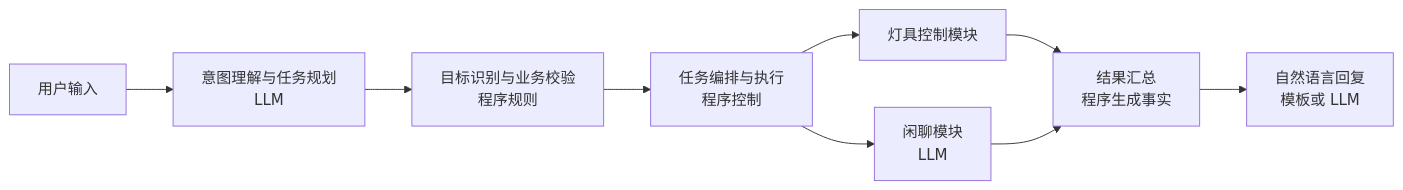
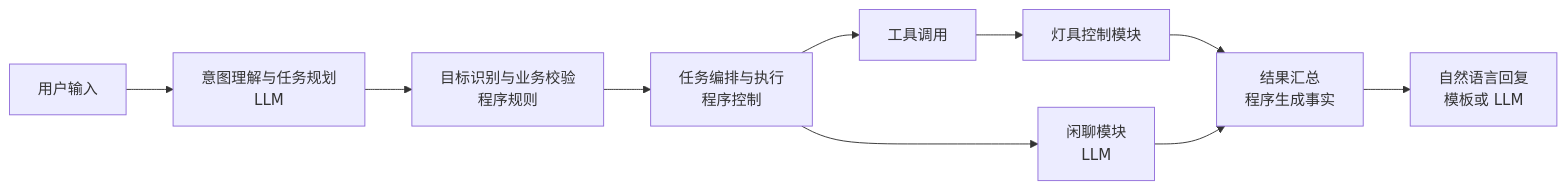
The first of 2 diagrams in 灯具控制与多指令Agent架构设计.md (Mrlittlezhuo/Smart-Home-AI-Assistant), drawn with Mermaid before and after one commit. The commit also changed other lines of this file, not shown here.

````diff
--- a/灯具控制与多指令Agent架构设计.md
+++ b/灯具控制与多指令Agent架构设计.md
@@ -117,11 +117,12 @@
 ```mermaid
 flowchart LR
     A[用户输入] --> C[意图理解与任务规划<br/>LLM]
     C --> D[目标识别与业务校验<br/>程序规则]
     D --> E[任务编排与执行<br/>程序控制]
-    E --> F[灯具控制模块]
+    E --> T[工具调用]
+    T --> F[灯具控制模块]
     E --> G[闲聊模块<br/>LLM]
     F --> H[结果汇总<br/>程序生成事实]
     G --> H
     H --> I[自然语言回复<br/>模板或 LLM]
 ```
````
